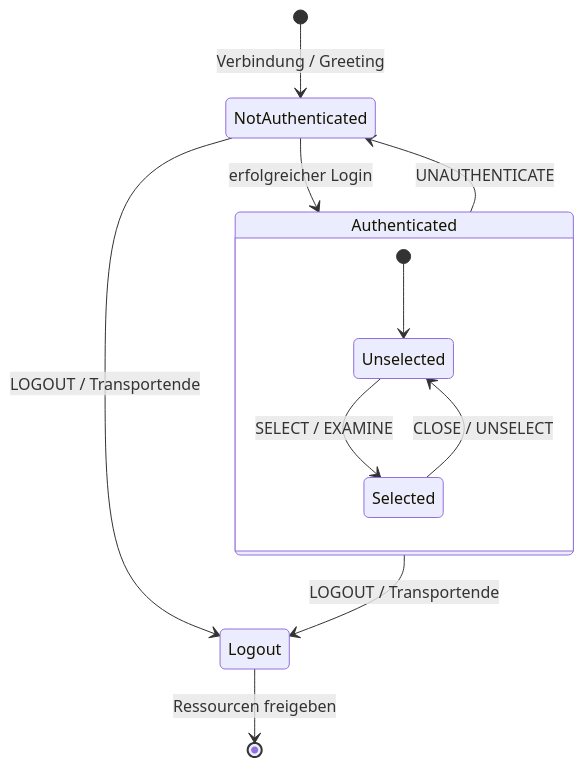
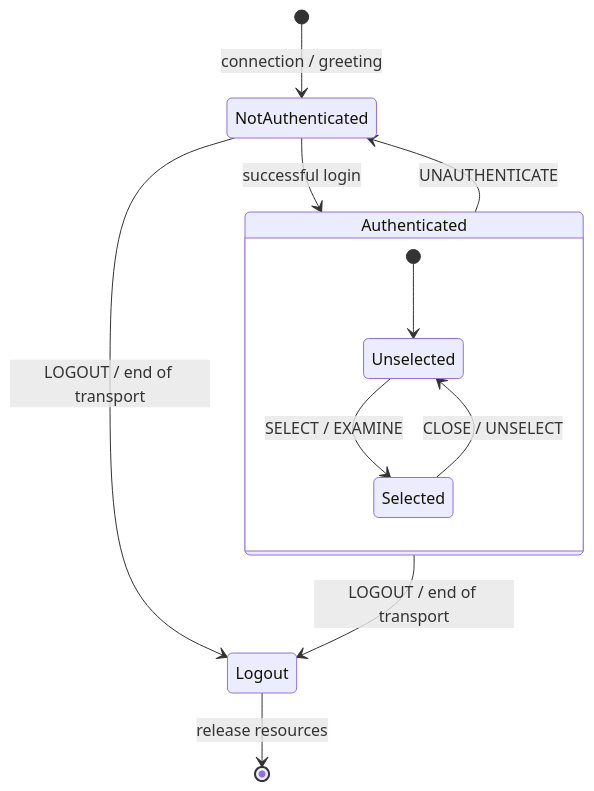
One commit to croessner/shardpost changed the diagram in docs/diagrams/imap-states.mmd. Above: the diagram before and after it, drawn with Mermaid. The commit also changed 19 other files, not shown here.

First line of the commit message:
docs: fix reference discrepancies, translate the old diagrams

```diff
--- a/docs/diagrams/imap-states.mmd
+++ b/docs/diagrams/imap-states.mmd
@@ -1,12 +1,12 @@
 stateDiagram-v2
-    [*] --> NotAuthenticated: Verbindung / Greeting
-    NotAuthenticated --> Authenticated: erfolgreicher Login
+    [*] --> NotAuthenticated: connection / greeting
+    NotAuthenticated --> Authenticated: successful login
     state Authenticated {
         [*] --> Unselected
         Unselected --> Selected: SELECT / EXAMINE
         Selected --> Unselected: CLOSE / UNSELECT
     }
     Authenticated --> NotAuthenticated: UNAUTHENTICATE
-    NotAuthenticated --> Logout: LOGOUT / Transportende
-    Authenticated --> Logout: LOGOUT / Transportende
-    Logout --> [*]: Ressourcen freigeben
+    NotAuthenticated --> Logout: LOGOUT / end of transport
+    Authenticated --> Logout: LOGOUT / end of transport
+    Logout --> [*]: release resources
```
